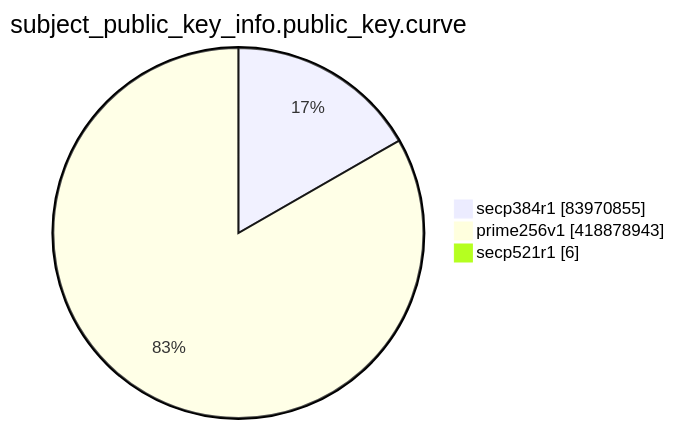
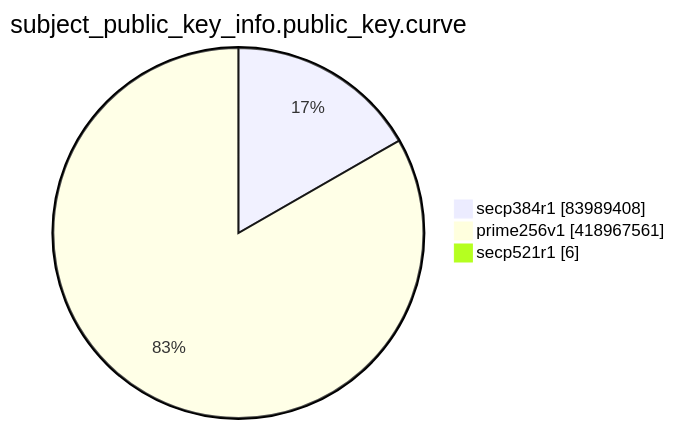
One commit to christiankrug/ctmonitor_visualization changed the eighth of 15 diagrams in TOTAL/README.md. Above: the diagram before and after it, drawn with Mermaid. The commit also changed other lines of this file, not shown here.

````diff
--- a/TOTAL/README.md
+++ b/TOTAL/README.md
@@ -3099,7 +3099,7 @@
 ```mermaid
 pie showData
 title subject_public_key_info.public_key.curve
-"secp384r1" :83970855
-"prime256v1" :418878943
+"secp384r1" :83989408
+"prime256v1" :418967561
 "secp521r1" :6
 ```
````
